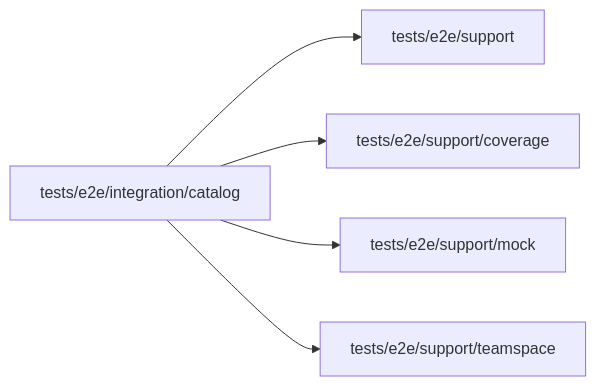
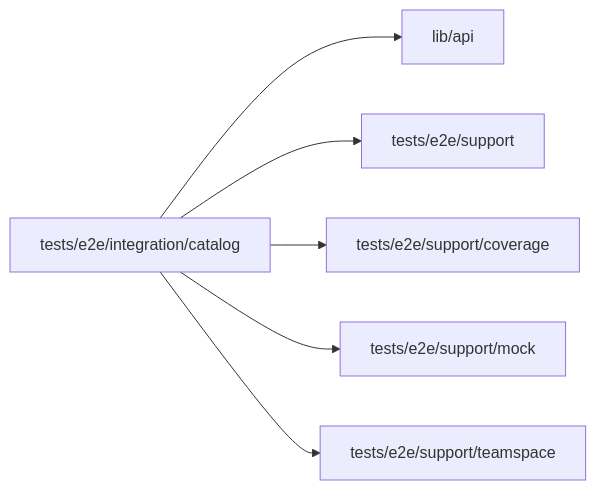
The diagram in web/studio/tests/e2e/integration/catalog/README.md (superdurable/superverse), drawn with Mermaid before and after one commit. The commit also changed other lines of this file and 75 other files, not shown here.

````diff
--- a/web/studio/tests/e2e/integration/catalog/README.md
+++ b/web/studio/tests/e2e/integration/catalog/README.md
@@ -10,8 +10,9 @@
 ```mermaid
 flowchart LR
   self["tests/e2e/integration/catalog"]
-  self --> d0["tests/e2e/support"]
-  self --> d1["tests/e2e/support/coverage"]
-  self --> d2["tests/e2e/support/mock"]
-  self --> d3["tests/e2e/support/teamspace"]
+  self --> d0["lib/api"]
+  self --> d1["tests/e2e/support"]
+  self --> d2["tests/e2e/support/coverage"]
+  self --> d3["tests/e2e/support/mock"]
+  self --> d4["tests/e2e/support/teamspace"]
 ```
````
